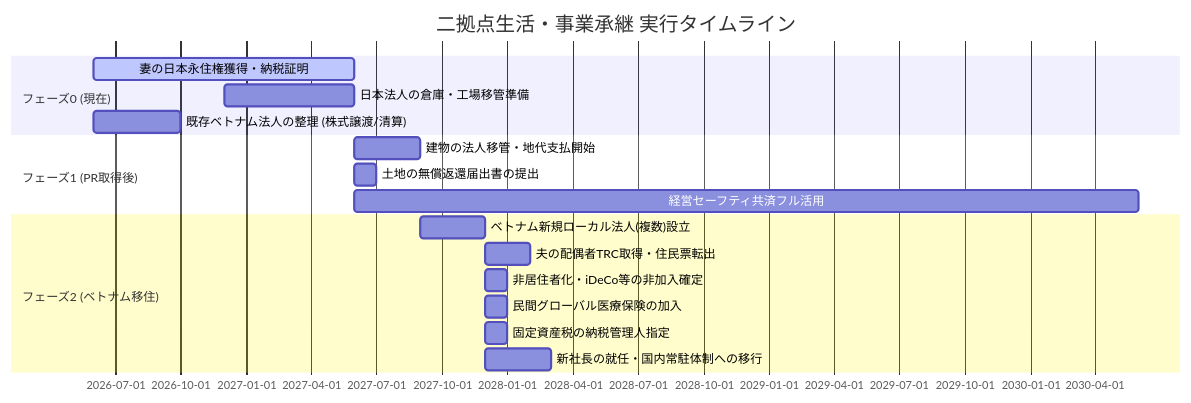
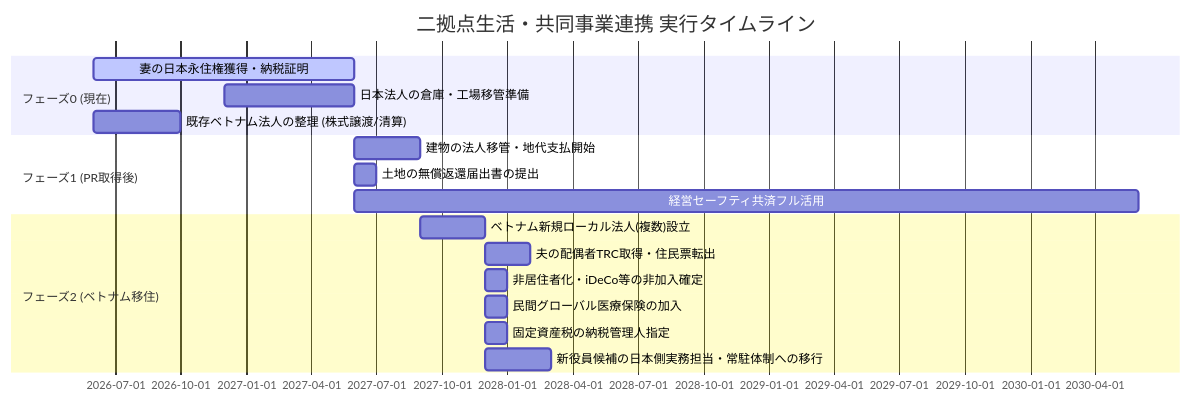
One commit to osada-lang/FP changed the third of 3 diagrams in final_strategy_roadmap.md. Above: the diagram before and after it, drawn with Mermaid. The commit also changed other lines of this file and 3 other files, not shown here.

````diff
--- a/final_strategy_roadmap.md
+++ b/final_strategy_roadmap.md
@@ -156,20 +156,20 @@
 ```mermaid
 gantt
-    title 二拠点生活・事業承継 実行タイムライン
+    title 二拠点生活・共同事業連携 実行タイムライン
     dateFormat  YYYY-MM
     section フェーズ0 (現在)
     妻の日本永住権獲得・納税証明     :active, 2026-06, 2027-06
     日本法人の倉庫・工場移管準備     : 2026-12, 2027-06
     既存ベトナム法人の整理 (株式譲渡/清算) : 2026-06, 2026-10
     section フェーズ1 (PR取得後)
     建物の法人移管・地代支払開始    : 2027-06, 2027-09
     土地の無償返還届出書の提出      : 2027-06, 2027-07
     経営セーフティ共済フル活用      : 2027-06, 2030-06
     section フェーズ2 (ベトナム移住)
     ベトナム新規ローカル法人(複数)設立: 2027-09, 2027-12
     夫の配偶者TRC取得・住民票転出    : 2027-12, 2028-02
     非居住者化・iDeCo等の非加入確定 : 2027-12, 2028-01
     民間グローバル医療保険の加入     : 2027-12, 2028-01
     固定資産税の納税管理人指定      : 2027-12, 2028-01
-    新社長の就任・国内常駐体制への移行 : 2027-12, 2028-03
+    新役員候補の日本側実務担当・常駐体制への移行 : 2027-12, 2028-03
 ```
````
